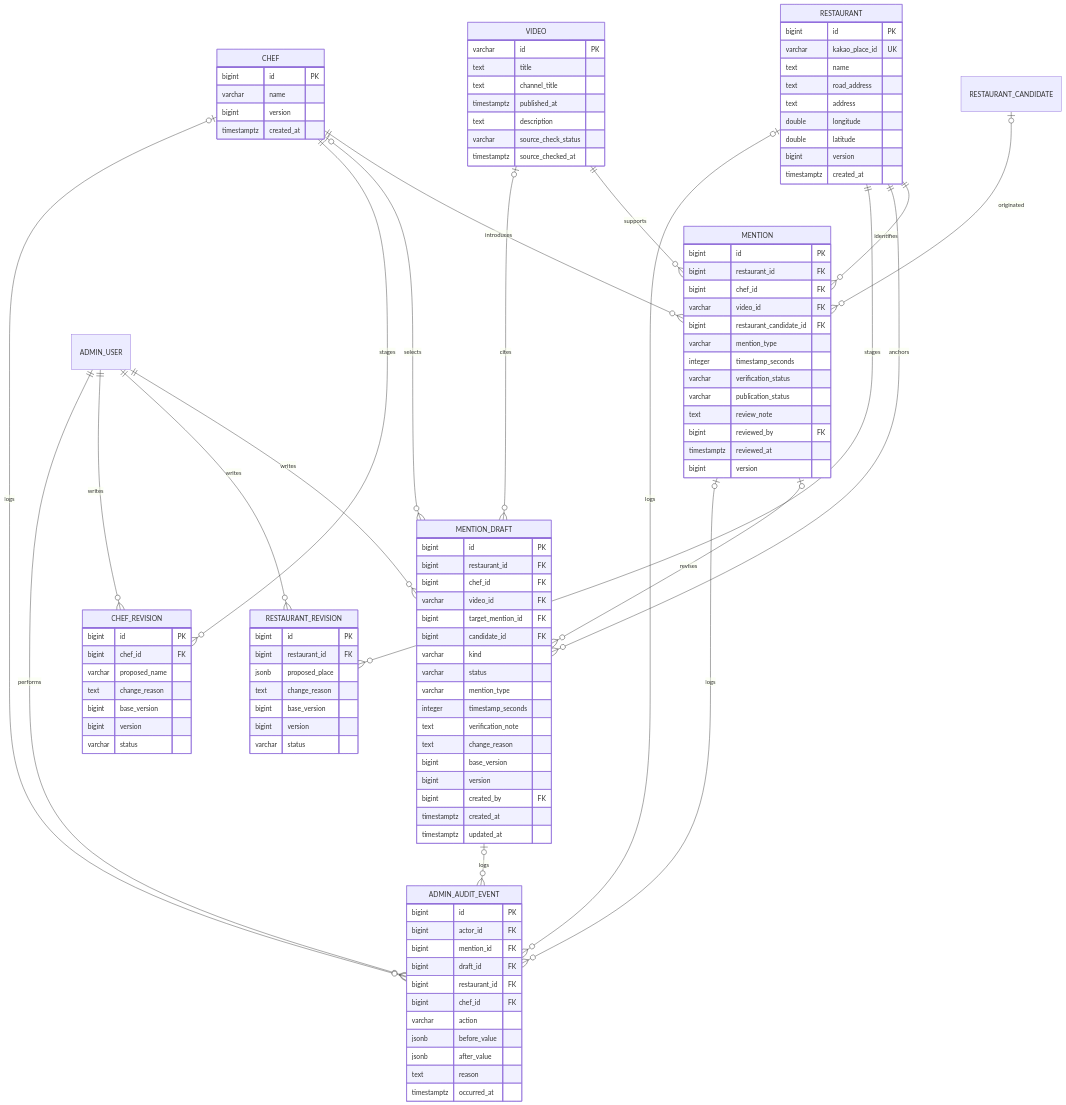
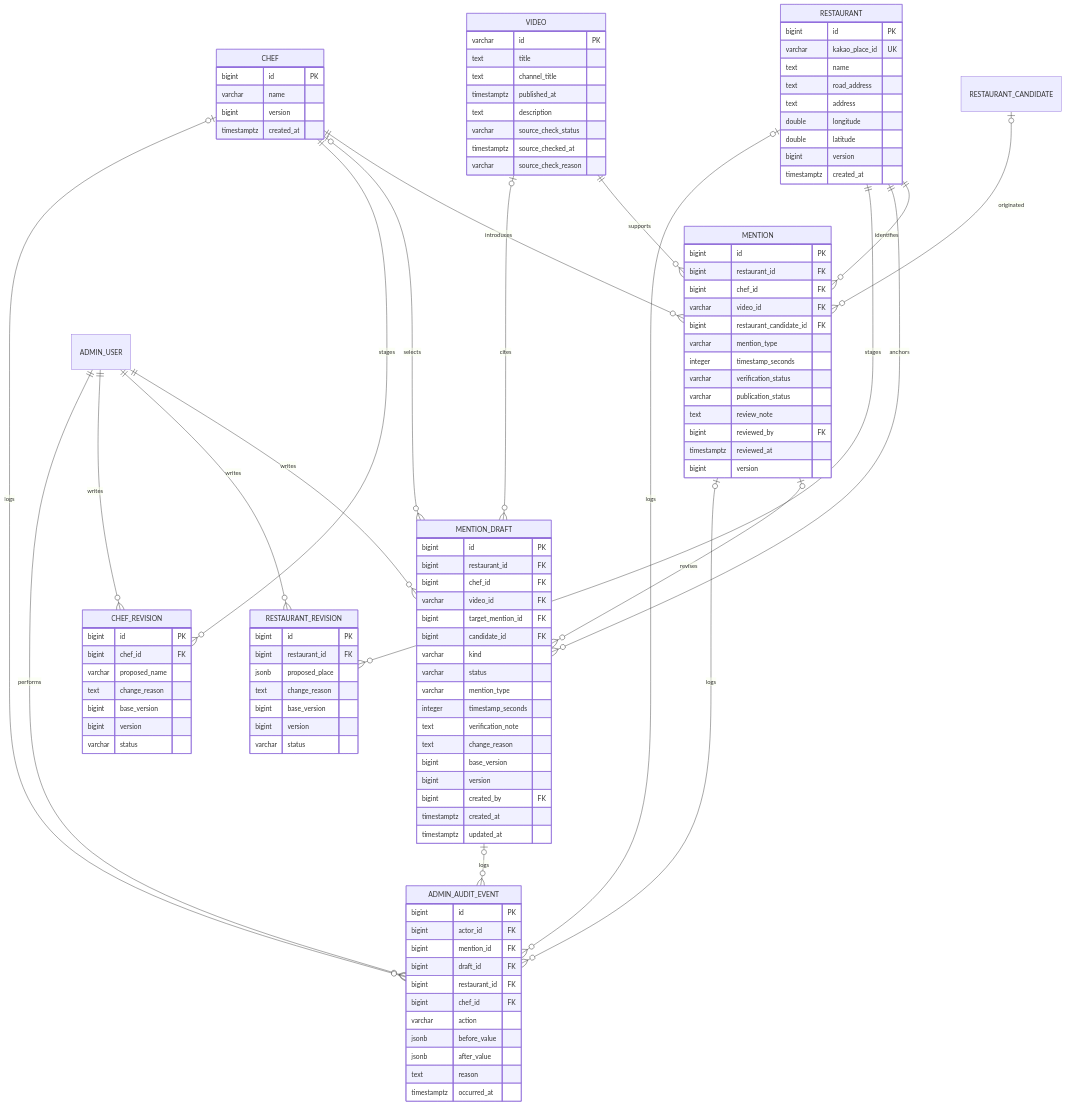
The diagram in docs/DOMAIN_MODEL.md (Huk9uri/sedanji), drawn with Mermaid before and after one commit. The commit also changed other lines of this file and 2 other files, not shown here.

```diff
--- a/docs/DOMAIN_MODEL.md
+++ b/docs/DOMAIN_MODEL.md
@@ -91,6 +99,7 @@
         text description
         varchar source_check_status
         timestamptz source_checked_at
+        varchar source_check_reason
     }
     MENTION {
         bigint id PK
```
